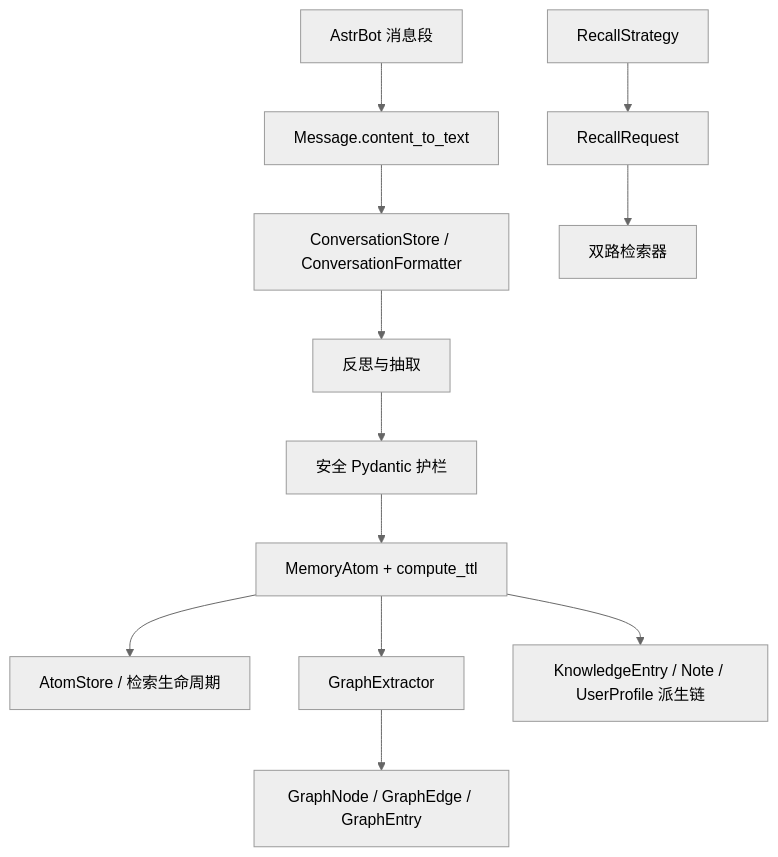
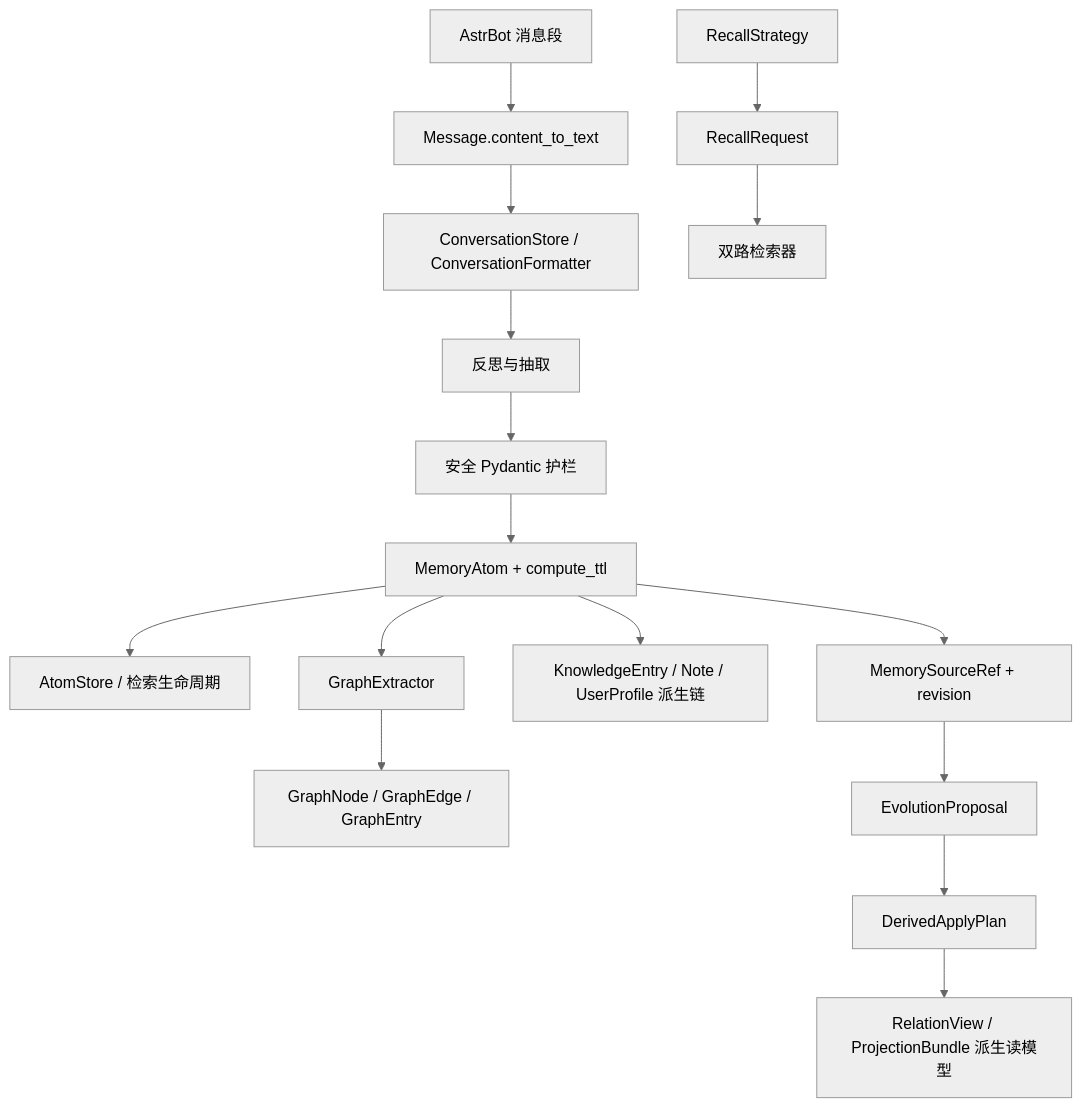
The second of 2 diagrams in core/models/AGENTS.md (INSide-734/astrbot_plugin_memora), drawn with Mermaid (neutral theme) before and after one commit. The commit also changed other lines of this file and 16 other files, not shown here.

Commit message:
docs(agents): sync memory evolution and dashboard changes

````diff
--- a/core/models/AGENTS.md
+++ b/core/models/AGENTS.md
@@ -92,14 +107,18 @@
 ```mermaid
 flowchart TD
     A[AstrBot 消息段] --> B[Message.content_to_text]
     B --> C[ConversationStore / ConversationFormatter]
     C --> D[反思与抽取]
     D --> E[安全 Pydantic 护栏]
     E --> F[MemoryAtom + compute_ttl]
     F --> G[AtomStore / 检索生命周期]
     F --> H[GraphExtractor]
     H --> I[GraphNode / GraphEdge / GraphEntry]
     F --> J[KnowledgeEntry / Note / UserProfile 派生链]
+    F --> N[MemorySourceRef + revision]
+    N --> O[EvolutionProposal]
+    O --> P[DerivedApplyPlan]
+    P --> Q[RelationView / ProjectionBundle 派生读模型]
     K[RecallStrategy] --> L[RecallRequest]
     L --> M[双路检索器]
 ```
````
